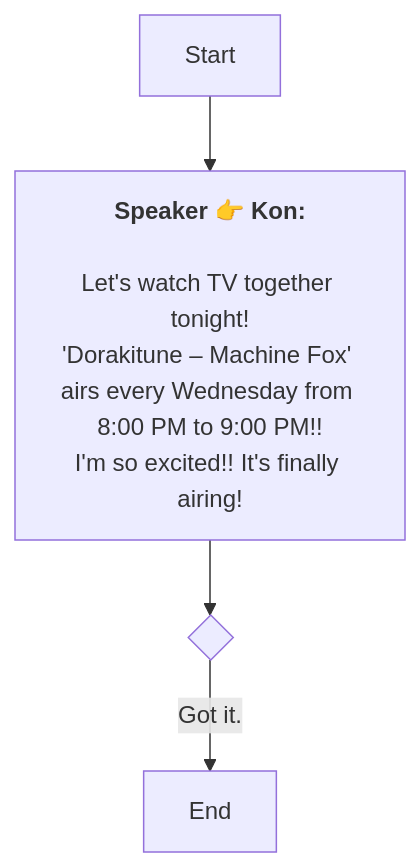
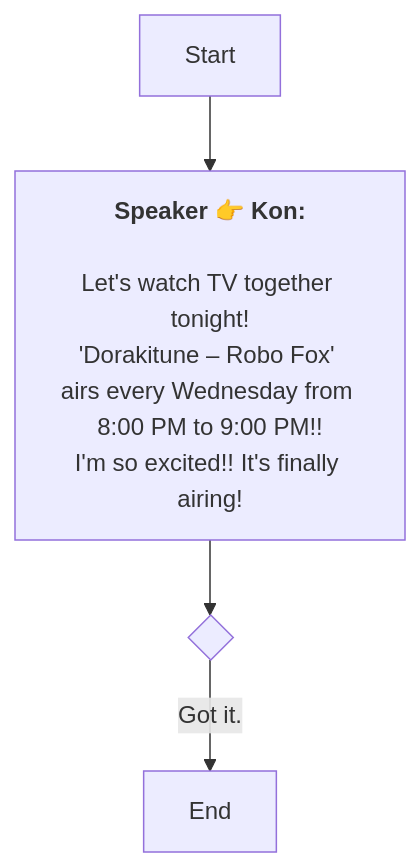
Before and after one commit to SoftHu/tos_avg: the diagram in En/QuestStartTalkENode_1751904922671817.md, drawn with Mermaid. The commit also changed 297 other files, not shown here.

````diff
--- a/En/QuestStartTalkENode_1751904922671817.md
+++ b/En/QuestStartTalkENode_1751904922671817.md
@@ -1,11 +1,11 @@
 ```mermaid
 graph
 Start -->1751904956332748[<b>Speaker 👉 Kon:</b>
 
 Let's watch TV together tonight!
-'Dorakitune – Machine Fox' airs every Wednesday from 8:00 PM to 9:00 PM!!
+'Dorakitune – Robo Fox' airs every Wednesday from 8:00 PM to 9:00 PM!!
 I'm so excited!! It's finally airing!]
 1751904956332748 -->1751905080756941{ }
 1751905080756941 -->|Got it.|1751905106071250[End]
 
  ```
````
